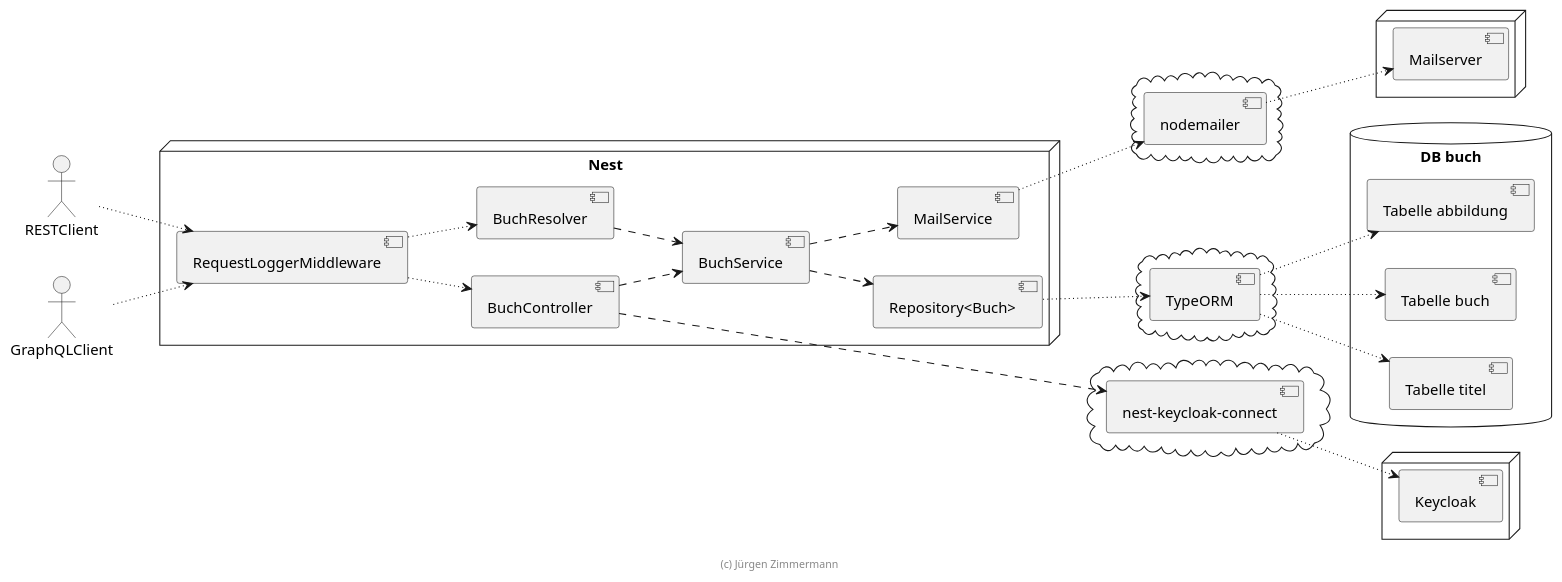
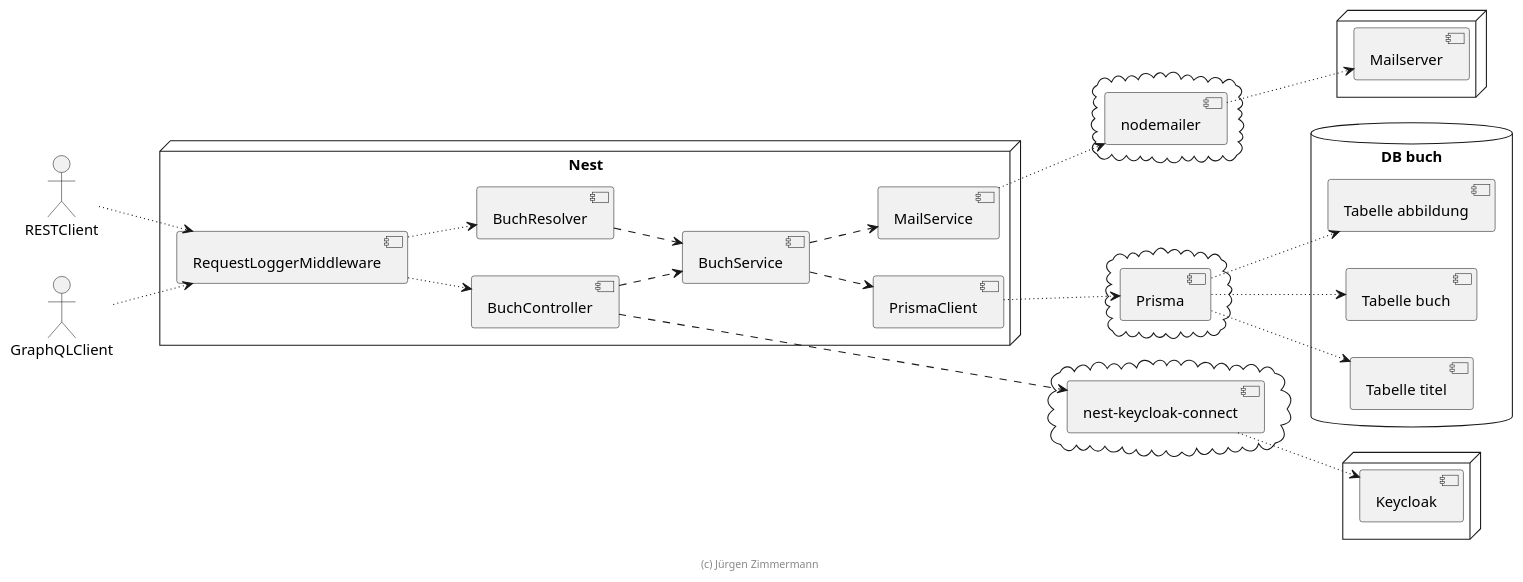
Before and after one commit to juergenzimmermann/buch: the diagram in .extras/doc/projekthandbuch/komponenten.plantuml, drawn with PlantUML. The commit also changed 4 other files, not shown here.

Commit message:
PlantUML, AsciiDoctor

```diff
--- a/.extras/doc/projekthandbuch/komponenten.plantuml
+++ b/.extras/doc/projekthandbuch/komponenten.plantuml
@@ -18,74 +18,74 @@
 @startuml Komponenten
 
 left to right direction
 
 actor RESTClient
 actor GraphQLClient
 
 node "Nest" {
   [RequestLoggerMiddleware]
 
   [BuchController]
   [BuchResolver]
 
   [BuchService]
 
-  [Repository<Buch>]
+  [PrismaClient]
 
   [MailService]
 }
 
 
 cloud {
-    [TypeORM]
+    [Prisma]
 }
 
 cloud {
     [nest-keycloak-connect]
 }
 
 cloud {
     [nodemailer]
 }
 
 database "DB buch" {
     [Tabelle buch]
     [Tabelle titel]
     [Tabelle abbildung]
 }
 
 node {
     [Keycloak]
 }
 
 node {
     [Mailserver]
 }
 
 RESTClient ~~> [RequestLoggerMiddleware]
 GraphQLClient ~~> [RequestLoggerMiddleware]
 
 [RequestLoggerMiddleware] ~~> [BuchController]
 [RequestLoggerMiddleware] ~~> [BuchResolver]
 
 [BuchController] ..> [BuchService]
 [BuchResolver] ..> [BuchService]
-[BuchService] ..> [Repository<Buch>]
+[BuchService] ..> [PrismaClient]
 
-[Repository<Buch>] ~~> [TypeORM]
-[TypeORM] ~~> [Tabelle buch]
-[TypeORM] ~~> [Tabelle titel]
-[TypeORM] ~~> [Tabelle abbildung]
+[PrismaClient] ~~> [Prisma]
+[Prisma] ~~> [Tabelle buch]
+[Prisma] ~~> [Tabelle titel]
+[Prisma] ~~> [Tabelle abbildung]
 
 [BuchController] ..> [nest-keycloak-connect]
 [nest-keycloak-connect] ~~> [Keycloak]
 
 [BuchService] ..> [MailService]
 [MailService] ~~> [nodemailer]
 [nodemailer] ~~> [Mailserver]
 
 [MailService] ~[hidden]~> [nest-keycloak-connect]
 
 footer (c) Jürgen Zimmermann
 
 @enduml
```
